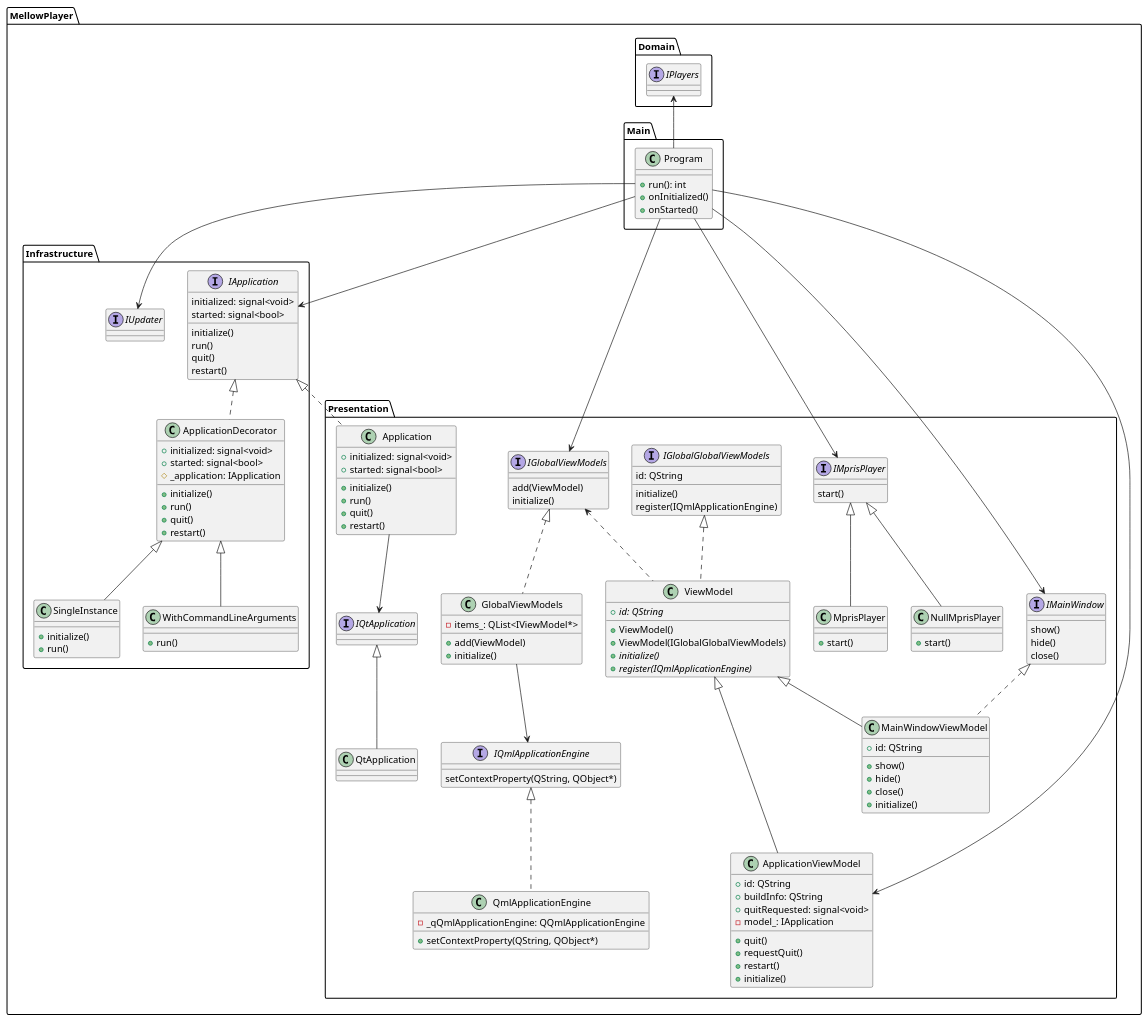
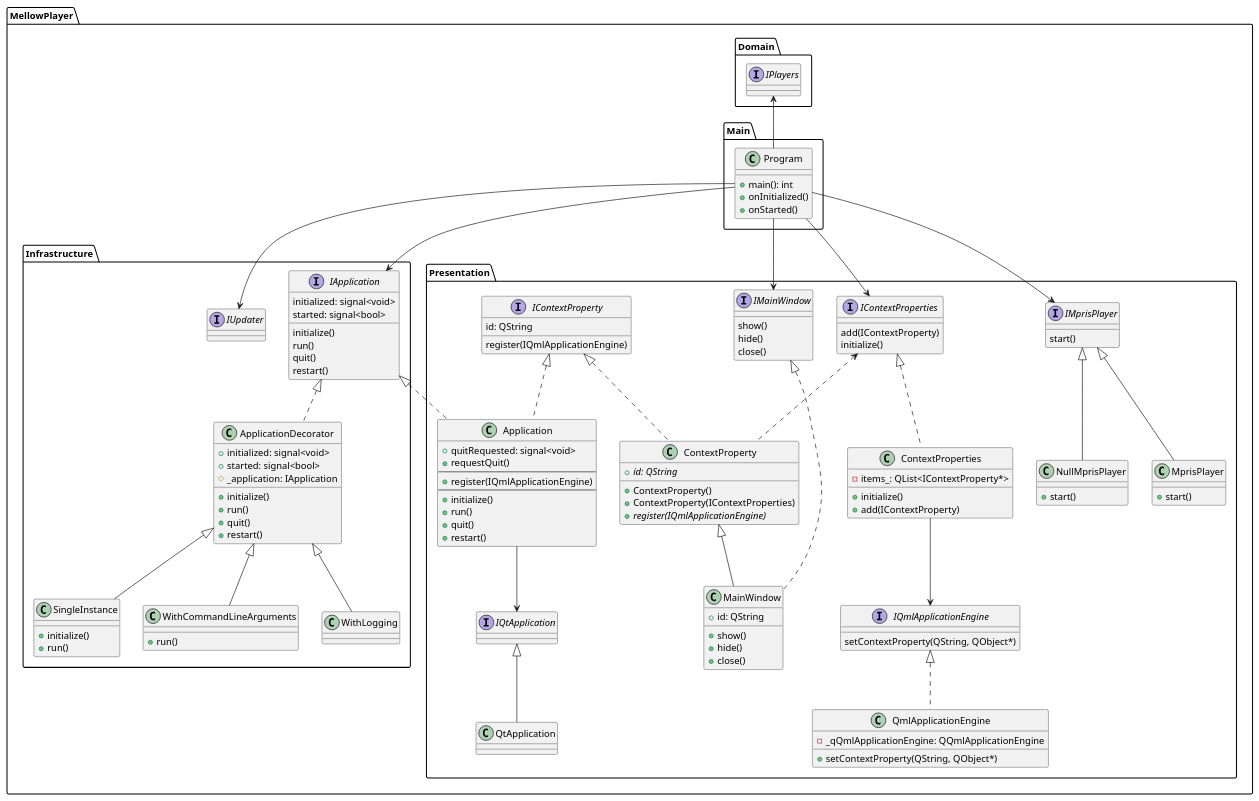
One commit to ColinDuquesnoy/MellowPlayer changed the diagram in docs/developers/PlantUml/Application.puml. Above: the diagram before and after it, drawn with PlantUML. The commit also changed 18 other files, not shown here.

```diff
--- a/docs/developers/PlantUml/Application.puml
+++ b/docs/developers/PlantUml/Application.puml
@@ -1,172 +1,165 @@
 @startuml
 
 namespace MellowPlayer.Main {
     class Program {
-        + run(): int
+        + main(): int
         + onInitialized()
         + onStarted()
 
     }
     Program --> MellowPlayer.Infrastructure.IApplication
-    Program --> MellowPlayer.Presentation.IGlobalViewModels
+    Program --> MellowPlayer.Presentation.IContextProperties
     Program --> MellowPlayer.Presentation.IMainWindow
     Program --> MellowPlayer.Presentation.IMprisPlayer
-    Program --> MellowPlayer.Presentation.ApplicationViewModel
     Program -up-> MellowPlayer.Domain.IPlayers
     Program --> MellowPlayer.Infrastructure.IUpdater
 }
 
 namespace MellowPlayer.Domain {
     interface IPlayers
 }
 
 namespace MellowPlayer.Infrastructure {
     interface IUpdater
 
     interface IApplication {
         initialized: signal<void>
         started: signal<bool>
         initialize()
         run()
         quit()
         restart()
     }
 
     class ApplicationDecorator {
         + initialized: signal<void>
         + started: signal<bool>
         # _application: IApplication
         + initialize()
         + run()
         + quit()
         + restart()
     }
 
     IApplication <|.. ApplicationDecorator
 
     class SingleInstance {
         + initialize()
         + run()
     }
     ApplicationDecorator <|-- SingleInstance
 
     class WithCommandLineArguments {
         + run()
     }
     ApplicationDecorator <|-- WithCommandLineArguments
+
+    class WithLogging {
+
+    }
+    ApplicationDecorator <|-- WithLogging
 }
 
 namespace MellowPlayer.Presentation {
     interface IQtApplication {
     }
     class QtApplication {
 
     }
     IQtApplication <|-- QtApplication
     class Application {
-        + initialized: signal<void>
-        + started: signal<bool>
+        + quitRequested: signal<void>
+        + requestQuit()
+        --
+        + register(IQmlApplicationEngine)
+        --
         + initialize()
         + run()
         + quit()
         + restart()
     }
     MellowPlayer.Infrastructure.IApplication <|.. Application
+    IContextProperty <|.. Application
     Application -down-> IQtApplication
 
     interface IQmlApplicationEngine {
         setContextProperty(QString, QObject*)
     }
     class QmlApplicationEngine {
         - _qQmlApplicationEngine: QQmlApplicationEngine
         +setContextProperty(QString, QObject*)
     }
     IQmlApplicationEngine <|.. QmlApplicationEngine
 
-    interface IGlobalGlobalViewModels {
+    interface IContextProperty {
         id: QString
-        initialize()
         register(IQmlApplicationEngine)
     }
 
-    class ViewModel {
-        + ViewModel()
-        + ViewModel(IGlobalGlobalViewModels)
+    class ContextProperty {
+        + ContextProperty()
+        + ContextProperty(IContextProperties)
         + {abstract} id: QString
-        + {abstract} initialize()
         + {abstract} register(IQmlApplicationEngine)
     }
-    IGlobalGlobalViewModels <|.. ViewModel
-    ViewModel .up.> IGlobalViewModels
+    IContextProperty <|.. ContextProperty
+    ContextProperty .up.> IContextProperties
 
-    interface IGlobalViewModels {
-        add(ViewModel)
+    interface IContextProperties {
+        add(IContextProperty)
         initialize()
     }
 
-    class GlobalViewModels {
-        - items_: QList<IViewModel*>
-        + add(ViewModel)
+    class ContextProperties {
+        - items_: QList<IContextProperty*>
         + initialize()
+        + add(IContextProperty)
     }
-    IGlobalViewModels <|.. GlobalViewModels
-    GlobalViewModels --> IQmlApplicationEngine
-
-    class ApplicationViewModel {
-        + id: QString
-        + buildInfo: QString
-        + quitRequested: signal<void>
-        + quit()
-        + requestQuit()
-        + restart()
-        + initialize()
-        - model_: IApplication
-    }
-    ViewModel <|--- ApplicationViewModel
+    IContextProperties <|.. ContextProperties
+    ContextProperties --> IQmlApplicationEngine
 
     interface IMainWindow {
         show()
         hide()
         close()
     }
 
-    class MainWindowViewModel {
+    class MainWindow {
         + id: QString
         + show()
         + hide()
         + close()
-        + initialize()
     }
-    IMainWindow <|.. MainWindowViewModel
-    ViewModel <|-- MainWindowViewModel
+    IMainWindow <|... MainWindow
+    ContextProperty <|-- MainWindow
 
     interface IMprisPlayer {
         start()
     }
     class MprisPlayer {
         + start()
     }
     IMprisPlayer <|-- MprisPlayer
 
     class NullMprisPlayer {
         + start()
     }
     IMprisPlayer <|-- NullMprisPlayer
 
 }
 
 
 'note bottom
 '
 'int main(argc, argv) {
 '    QApplication qtApp(argc, argv); // bound by instance in injector
 '    // dependency injector setup
 '    ...
 '    auto applicationFactory = injector.create<IApplicationFactory>();
 '    auto app = applicationFactory.create();
 '    return app->run();
 '}
 '
 'end note
 
 @enduml
```
